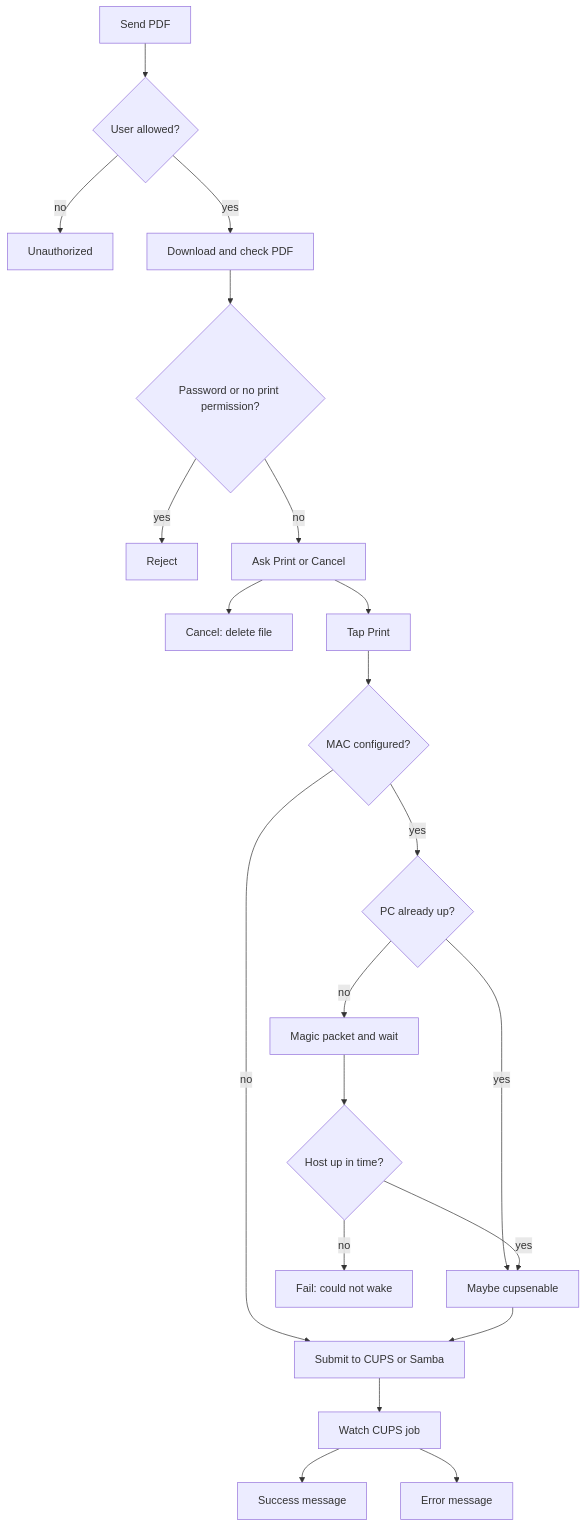
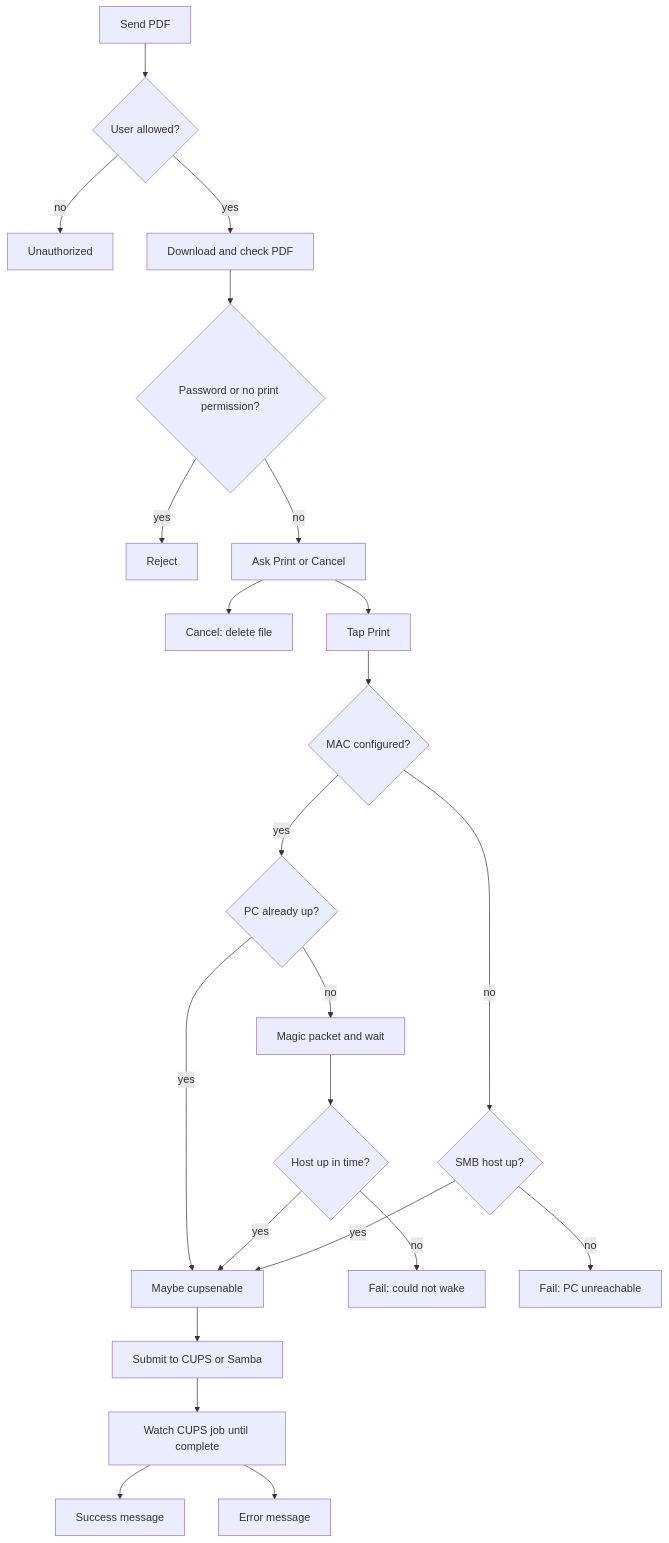
One commit to albertominetti/telegram-print-bot changed the diagram in README.md. Above: the diagram before and after it, drawn with Mermaid. The commit also changed other lines of this file and 1 other file, not shown here.

Commit message:
Fix CUPS success/error when the Windows share host sleeps
Probe the SMB host before submitting so a sleeping PC is reported
in Telegram instead of a fake "now printing" success. Ignore leftover
CIFS errors on an enabled queue when the host is up again, recover
the queue, and wait for the CUPS job to complete or abort.

````diff
--- a/README.md
+++ b/README.md
@@ -164,23 +164,25 @@
 ```mermaid
 flowchart TD
   send[Send PDF] --> auth{User allowed?}
   auth -->|no| unauth[Unauthorized]
   auth -->|yes| dl[Download and check PDF]
   dl --> blocked{Password or no print permission?}
   blocked -->|yes| reject[Reject]
   blocked -->|no| ask[Ask Print or Cancel]
   ask --> cancel[Cancel: delete file]
   ask --> confirm[Tap Print]
   confirm --> wol{MAC configured?}
-  wol -->|no| cups[Submit to CUPS or Samba]
+  wol -->|no| host{SMB host up?}
   wol -->|yes| up{PC already up?}
   up -->|yes| recover[Maybe cupsenable]
   up -->|no| packet[Magic packet and wait]
   packet --> woke{Host up in time?}
   woke -->|no| failWake[Fail: could not wake]
   woke -->|yes| recover
-  recover --> cups
-  cups --> watch[Watch CUPS job]
+  host -->|no| failHost[Fail: PC unreachable]
+  host -->|yes| recover
+  recover --> cups[Submit to CUPS or Samba]
+  cups --> watch[Watch CUPS job until complete]
   watch --> ok[Success message]
   watch --> fail[Error message]
 ```
````
